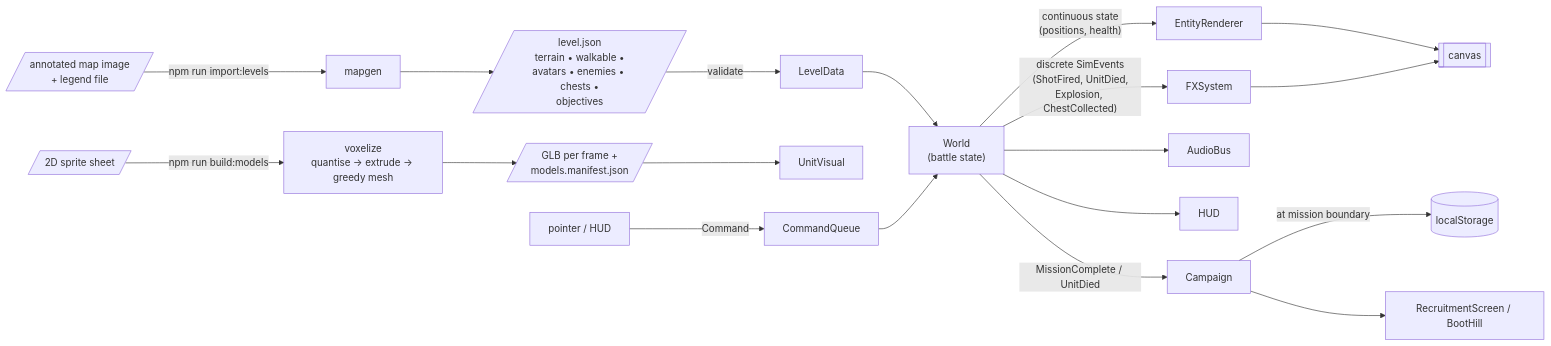
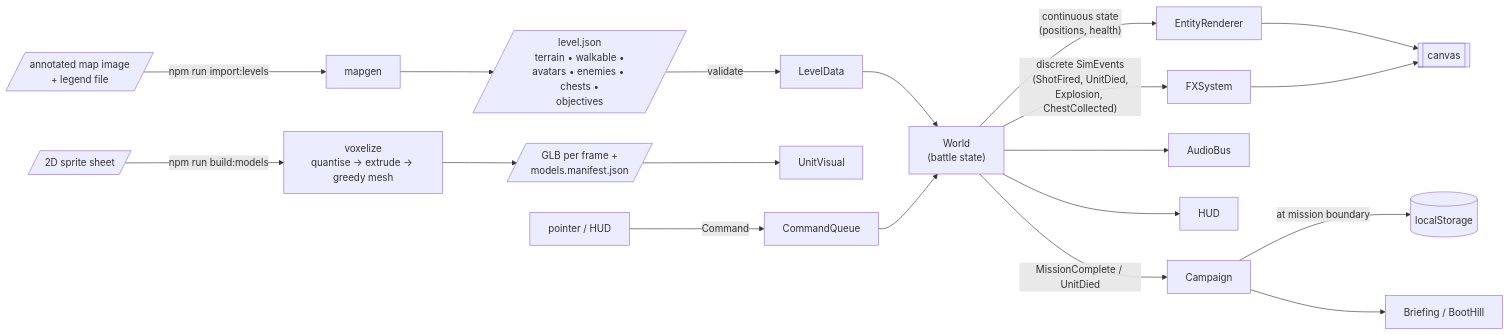
The second of 5 diagrams in ARCHITECTURE_DIAGRAM.md (reynoldskevin/cannon-fodder-clone), drawn with Mermaid before and after one commit. The commit also changed other lines of this file and 17 other files, not shown here.

````diff
--- a/ARCHITECTURE_DIAGRAM.md
+++ b/ARCHITECTURE_DIAGRAM.md
@@ -114,20 +114,20 @@
 ```mermaid
 flowchart LR
   A[/"annotated map image<br/>+ legend file"/] -->|npm run import:levels| B["mapgen"]
   B --> C[/"level.json<br/>terrain • walkable •<br/>avatars • enemies • chests •<br/>objectives"/]
   D[/"2D sprite sheet"/] -->|npm run build:models| E["voxelize<br/>quantise → extrude → greedy mesh"]
   E --> F[/"GLB per frame +<br/>models.manifest.json"/]
 
   C -->|validate| G["LevelData"]
   G --> H["World<br/>(battle state)"]
   F --> I["UnitVisual"]
 
   J["pointer / HUD"] -->|Command| K["CommandQueue"] --> H
   H -->|"continuous state<br/>(positions, health)"| L["EntityRenderer"] --> M[["canvas"]]
   H -->|"discrete SimEvents<br/>(ShotFired, UnitDied,<br/>Explosion, ChestCollected)"| N["FXSystem"] --> M
   H --> O["AudioBus"]
   H --> P["HUD"]
   H -->|"MissionComplete / UnitDied"| Q["Campaign"]
   Q -->|"at mission boundary"| R[("localStorage")]
-  Q --> S["RecruitmentScreen / BootHill"]
+  Q --> S["Briefing / BootHill"]
 ```
````
